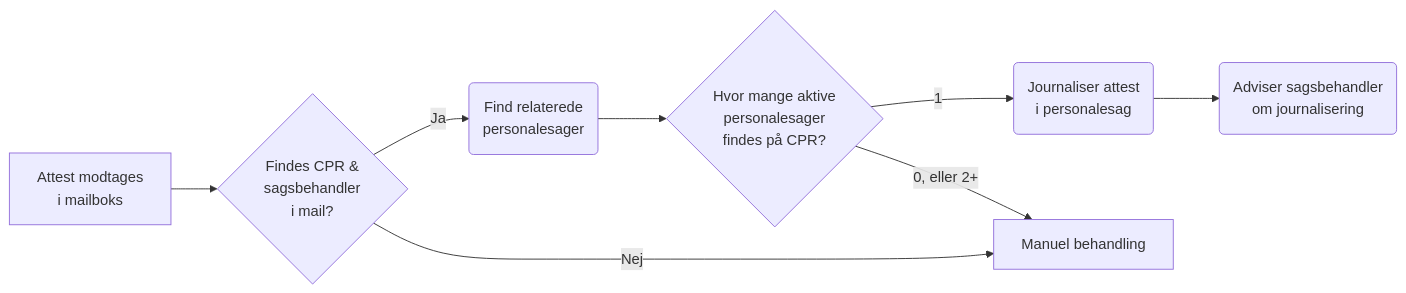
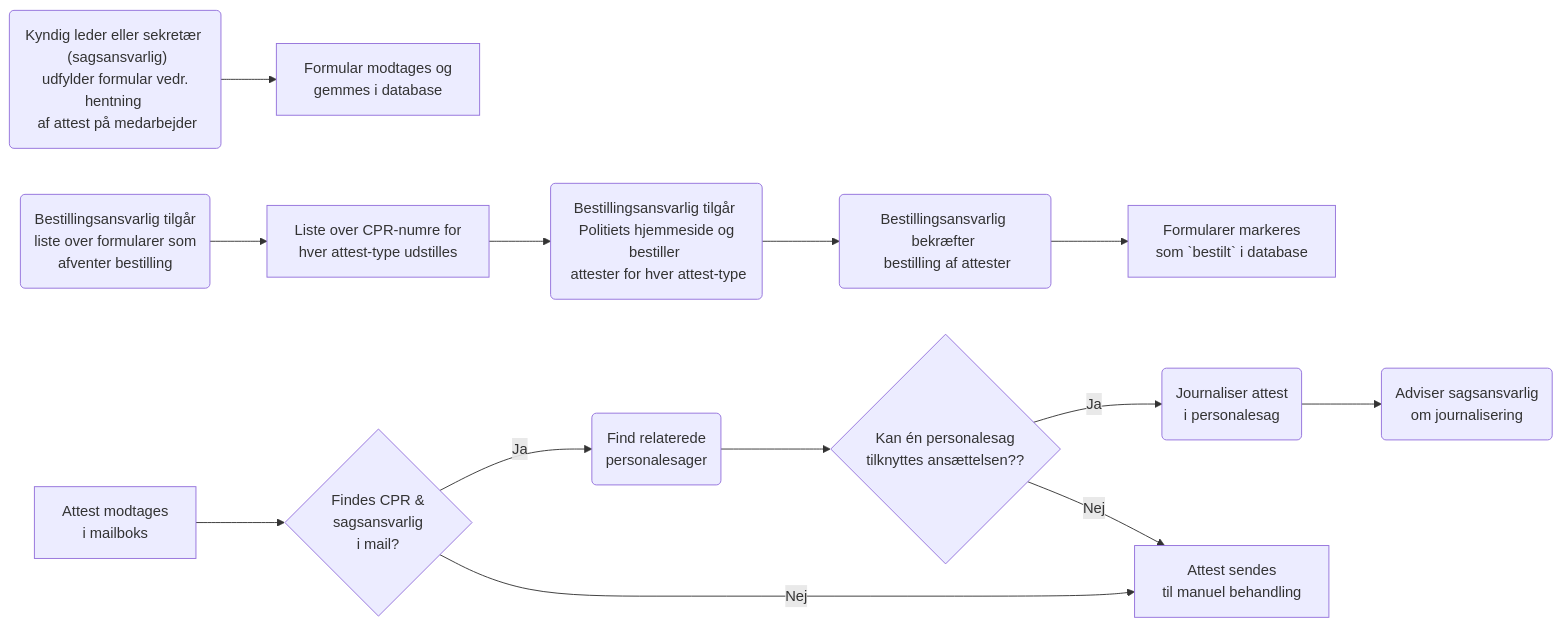
One commit to Randers-Kommune-Digitalisering/bestil-journaliser-attester changed the diagram in README.md. Above: the diagram before and after it, drawn with Mermaid. The commit also changed other lines of this file, not shown here.

````diff
--- a/README.md
+++ b/README.md
@@ -9,18 +9,34 @@
 ```mermaid
 flowchart LR
+    A1("Kyndig leder eller sekretær \n (sagsansvarlig)\n udfylder formular vedr. hentning \n af attest på medarbejder")
+    A2[Formular modtages og \n gemmes i database]
+    
+    B1(Bestillingsansvarlig tilgår \n liste over formularer som \n afventer bestilling)
+    B2[Liste over CPR-numre for \n hver attest-type udstilles]
+    B3(Bestillingsansvarlig tilgår \n Politiets hjemmeside og bestiller \n attester for hver attest-type)
+    B4(Bestillingsansvarlig bekræfter \n bestilling af attester)
+    B5[Formularer markeres \n som `bestilt` i database]
+
+    A1 --> A2
+
+    B1 --> B2
+    B2 --> B3
+    B3 --> B4
+    B4 --> B5
+
     A[Attest modtages \n i mailboks]
-    B{Findes CPR & \n sagsbehandler \n i mail?}
+    B{Findes CPR & \n sagsansvarlig \n i mail?}
     C(Find relaterede \n personalesager)
-    D{Hvor mange aktive \n  personalesager \n findes på CPR?}
+    D{Kan én personalesag  \n tilknyttes ansættelsen??}
     E(Journaliser attest \n i personalesag)
-    F(Adviser sagsbehandler \n om journalisering)
-    G[Manuel behandling]
+    F(Adviser sagsansvarlig \n om journalisering)
+    G[Attest sendes \n til manuel behandling]
 
     A --> B
     B --> |Ja|C
     B --> |Nej|G
     C --> D
-    D --> |1|E
-    D --> |0, eller 2+|G
+    D --> |Ja|E
+    D --> |Nej|G
     E --> F
 ```
````
